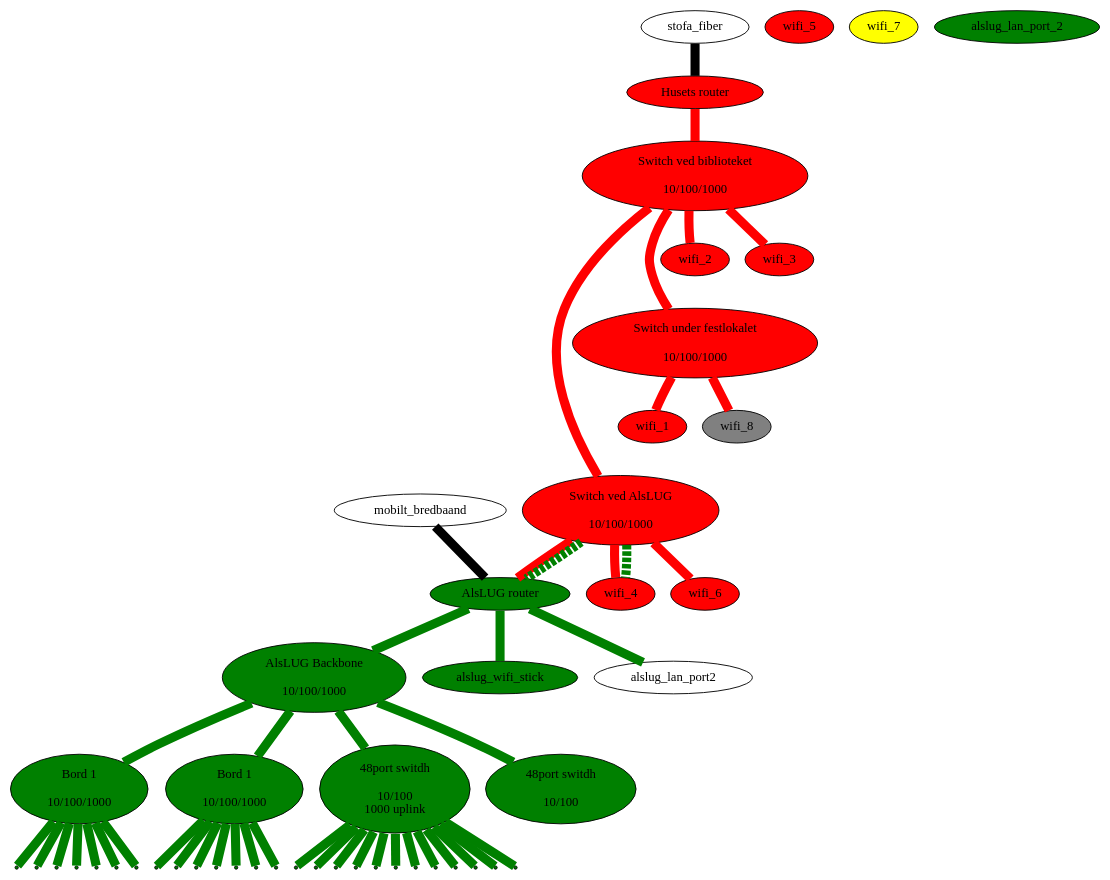
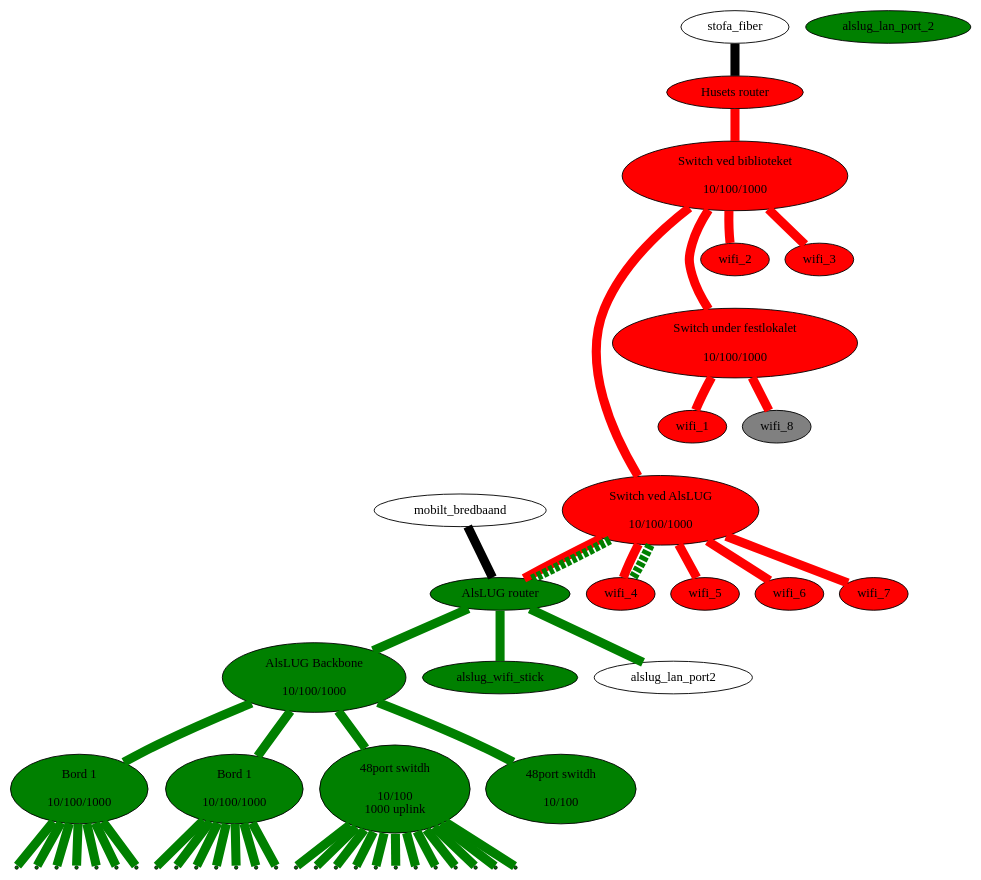
The diagram in projekter/network.dot (alslug/alslug.dk), drawn with Graphviz before and after one commit.

```diff
--- a/projekter/network.dot
+++ b/projekter/network.dot
@@ -1,61 +1,61 @@
 digraph xxx {
 #  link_12a [ shape=point ];
 #  link_12b [ shape=point ];
 #  link_12c [ shape=point ];
   edge [ dir=none penwidth=10 ];
 
   node [ style=filled fillcolor=red ];
   husets_router [ label="Husets router" ];
   husets_switch_1 [ label="Switch ved biblioteket\n\n 10/100/1000" ];
   husets_switch_2 [ label="Switch ved AlsLUG\n\n 10/100/1000" ];
   festlokale_switch [ label="Switch under festlokalet\n\n 10/100/1000" ];
-  wifi_1 wifi_2 wifi_3 wifi_4 wifi_5 wifi_6 wifi_7 [ fillcolor=yellow ];
+  wifi_1 wifi_2 wifi_3 wifi_4 wifi_5 wifi_6 wifi_7;
   wifi_8 [ fillcolor=gray ];
   
   node [ style=filled fillcolor=green ];
   alslug_router [ label="AlsLUG router" ];
   alslug_backbone_switch [ label="AlsLUG Backbone\n\n10/100/1000"];
   bord_1 [ label="Bord 1\n\n10/100/1000"];
   bord_2 [ label="Bord 1\n\n10/100/1000"];
   switch_48p [ label="48port switdh\n\n10/100\n1000 uplink"];
   switch_48p_poe [ label="48port switdh\n\n10/100"];
   alslug_wifi_stick alslug_lan_port_2;
   
   node [ style=normal ];
   // Internet forbindelser
   stofa_fiber      -> husets_router [ fillcolor=black style=filled ];
   mobilt_bredbaand -> alslug_router [ fillcolor=black style=filled ];
   
   // Husets forbindelser
   edge  [ color=red style=solid ];
   husets_router -> husets_switch_1 -> { wifi_2 wifi_3 };
-  husets_switch_1 -> husets_switch_2 -> { wifi_4 wifi_6 alslug_router};
+  husets_switch_1 -> husets_switch_2 -> { wifi_4 wifi_5 wifi_6 wifi_7 alslug_router};
   husets_switch_1 -> festlokale_switch -> { wifi_1 wifi_8 };
 
   // VLAN forbindelser over bakkensbros netværk
   edge  [ color=green style=dashed ];
   husets_switch_2 -> { alslug_router wifi_4 };
   
   // Interne forbindelser
   edge [ color=green style=solid ];
   alslug_router -> { alslug_wifi_stick alslug_backbone_switch alslug_lan_port2 };
   alslug_backbone_switch -> { bord_1 bord_2 switch_48p switch_48p_poe }
   
   node [ shape=point ];
   bord_1 -> {
                   bord_1_1 bord_1_2 bord_1_3 bord_1_4
                   bord_1_5 bord_1_6 bord_1_7
                 }
   bord_2 -> {
                   bord_2_1 bord_2_2 bord_2_3 bord_2_4
                   bord_2_5 bord_2_6 bord_2_7
                 }
   switch_48p -> {
                   switch_48p_1 switch_48p_2 switch_48p_3 switch_48p_4
                   switch_48p_5 switch_48p_6 switch_48p_7 switch_48p_8
                   switch_48p_9 switch_48p_10 switch_48p_11 switch_48p_12
                 }
   
   edge [ color=invis ];
   husets_switch_1 -> wifi_2 -> festlokale_switch -> wifi_1 -> husets_switch_2;
 }
```
